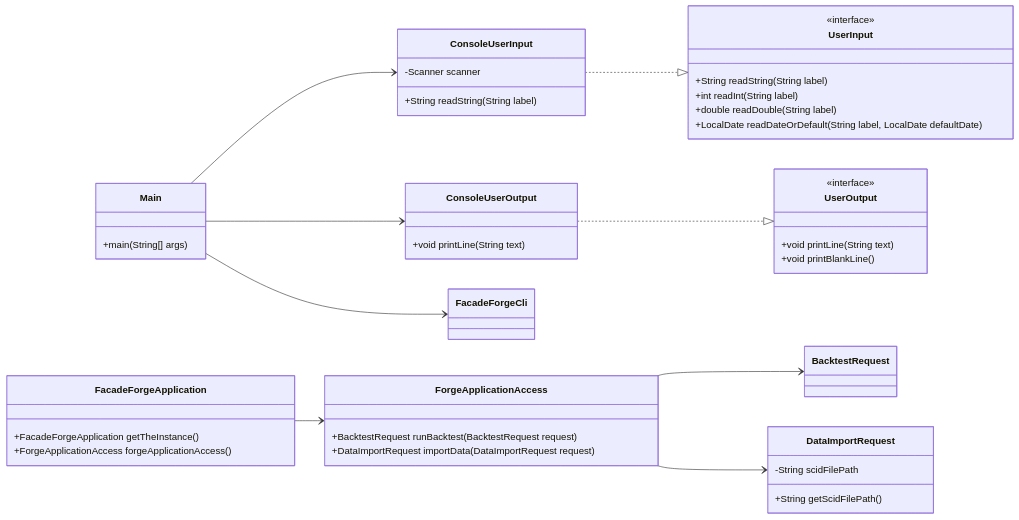
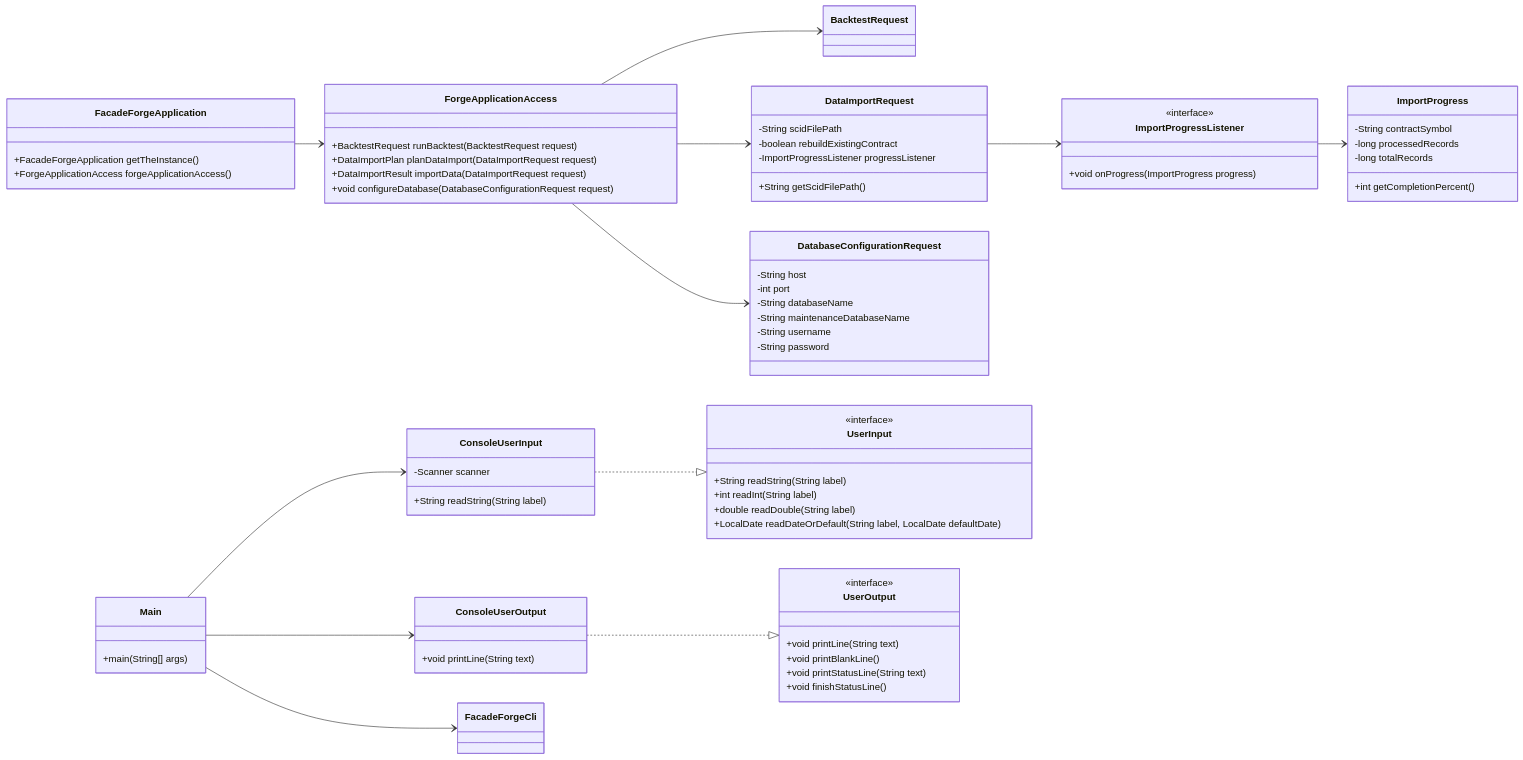
One commit to probst-paul/FORGE changed the third of 19 diagrams in class-model.md. Above: the diagram before and after it, drawn with Mermaid. The commit also changed other lines of this file and 30 other files, not shown here.

````diff
--- a/class-model.md
+++ b/class-model.md
@@ -151,12 +177,37 @@
 
     class ForgeApplicationAccess {
         +BacktestRequest runBacktest(BacktestRequest request)
-        +DataImportRequest importData(DataImportRequest request)
+        +DataImportPlan planDataImport(DataImportRequest request)
+        +DataImportResult importData(DataImportRequest request)
+        +void configureDatabase(DatabaseConfigurationRequest request)
     }
 
     class DataImportRequest {
         -String scidFilePath
+        -boolean rebuildExistingContract
+        -ImportProgressListener progressListener
         +String getScidFilePath()
+    }
+
+    class DatabaseConfigurationRequest {
+        -String host
+        -int port
+        -String databaseName
+        -String maintenanceDatabaseName
+        -String username
+        -String password
+    }
+
+    class ImportProgress {
+        -String contractSymbol
+        -long processedRecords
+        -long totalRecords
+        +int getCompletionPercent()
+    }
+
+    class ImportProgressListener {
+        <<interface>>
+        +void onProgress(ImportProgress progress)
     }
 
     class UserInput {
@@ -176,6 +227,8 @@
         <<interface>>
         +void printLine(String text)
         +void printBlankLine()
+        +void printStatusLine(String text)
+        +void finishStatusLine()
     }
 
     class ConsoleUserOutput {
@@ -190,4 +243,7 @@
     FacadeForgeApplication --> ForgeApplicationAccess
     ForgeApplicationAccess --> BacktestRequest
     ForgeApplicationAccess --> DataImportRequest
+    ForgeApplicationAccess --> DatabaseConfigurationRequest
+    DataImportRequest --> ImportProgressListener
+    ImportProgressListener --> ImportProgress
 ```
````
